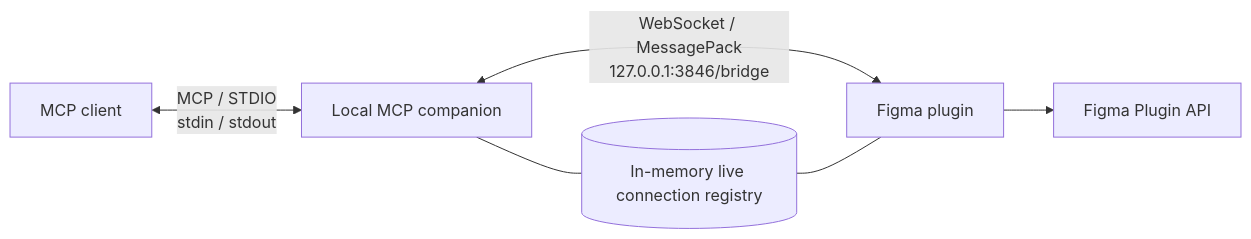
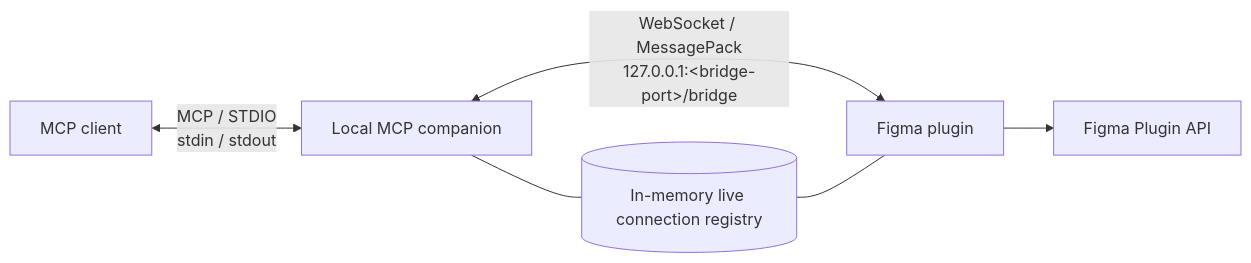
The diagram in docs/ARCHITECTURE.md (2chevskii/FigmaMCP), drawn with Mermaid before and after one commit. The commit also changed other lines of this file and 14 other files, not shown here.

````diff
--- a/docs/ARCHITECTURE.md
+++ b/docs/ARCHITECTURE.md
@@ -10,8 +10,8 @@
 ```mermaid
 flowchart LR
     client[MCP client] <-->|MCP / STDIO<br/>stdin / stdout| companion[Local MCP companion]
-    companion <-->|WebSocket / MessagePack<br/>127.0.0.1:3846/bridge| plugin[Figma plugin]
+    companion <-->|WebSocket / MessagePack<br/>127.0.0.1:&lt;bridge-port&gt;/bridge| plugin[Figma plugin]
     companion --- registry[(In-memory live connection registry)]
     registry --- plugin
     plugin --> api[Figma Plugin API]
 ```
````
